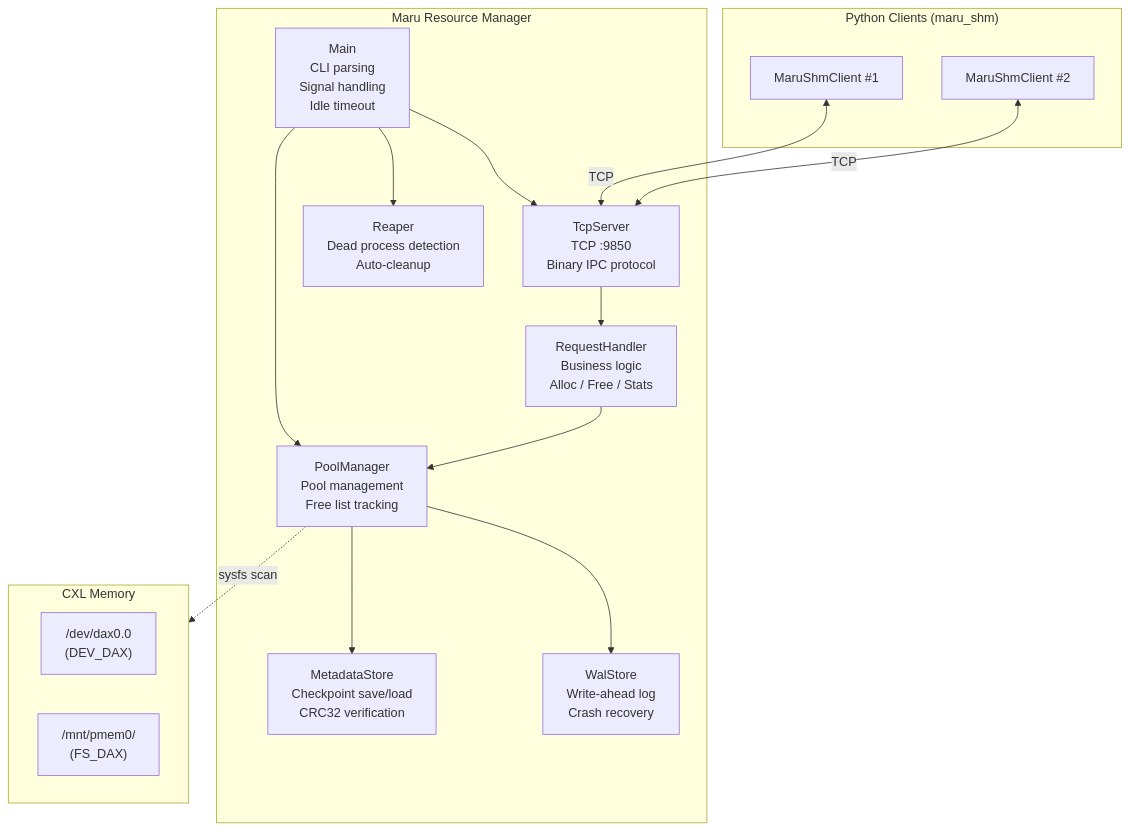
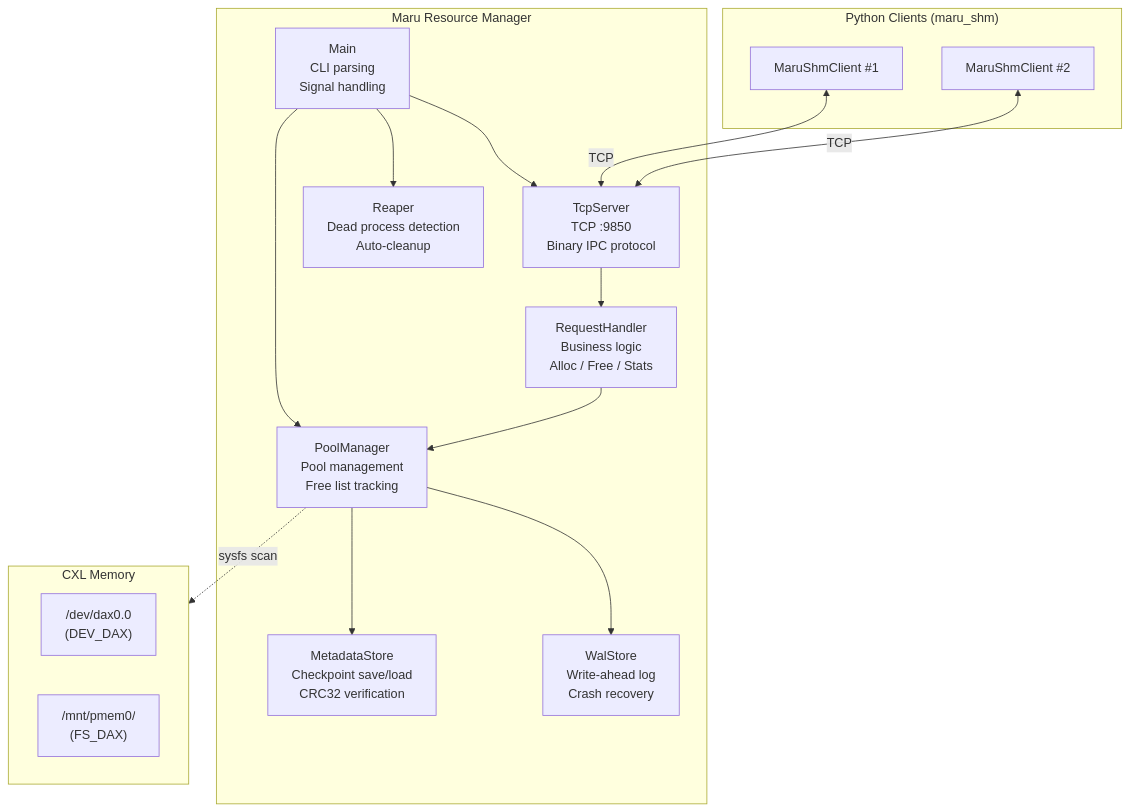
Before and after one commit to seohui-XCENA/maru: the diagram in docs/source/design_doc/maru_resource_manager.md, drawn with Mermaid. The commit also changed other lines of this file and 12 other files, not shown here.

````diff
--- a/docs/source/design_doc/maru_resource_manager.md
+++ b/docs/source/design_doc/maru_resource_manager.md
@@ -7,35 +7,35 @@
 ```mermaid
 flowchart TB
     subgraph RM["Maru Resource Manager"]
-        Main["Main<br/>CLI parsing<br/>Signal handling<br/>Idle timeout"]
+        Main["Main<br/>CLI parsing<br/>Signal handling"]
         TCP["TcpServer<br/>TCP :9850<br/>Binary IPC protocol"]
         RH["RequestHandler<br/>Business logic<br/>Alloc / Free / Stats"]
         PM["PoolManager<br/>Pool management<br/>Free list tracking"]
         Reaper["Reaper<br/>Dead process detection<br/>Auto-cleanup"]
         Meta["MetadataStore<br/>Checkpoint save/load<br/>CRC32 verification"]
         WAL["WalStore<br/>Write-ahead log<br/>Crash recovery"]
     end
 
     Main --> TCP
     Main --> PM
     Main --> Reaper
     TCP --> RH
     RH --> PM
     PM --> Meta
     PM --> WAL
 
     subgraph Clients["Python Clients (maru_shm)"]
         C1["MaruShmClient #1"]
         C2["MaruShmClient #2"]
     end
 
     C1 <-->|"TCP"| TCP
     C2 <-->|"TCP"| TCP
 
     subgraph Storage["CXL Memory"]
         D1["/dev/dax0.0<br/>(DEV_DAX)"]
         D2["/mnt/pmem0/<br/>(FS_DAX)"]
     end
 
     PM -.->|"sysfs scan"| Storage
 ```
````
